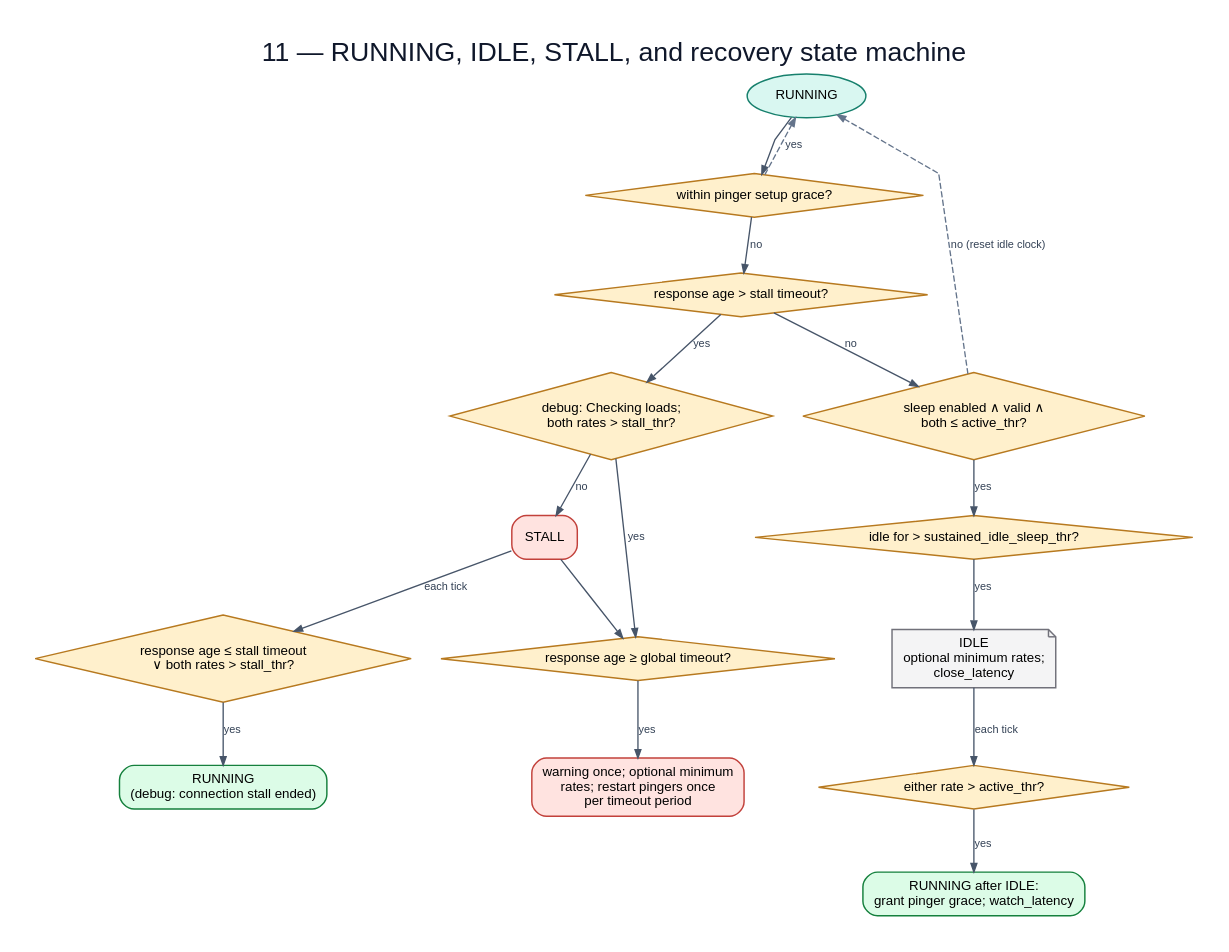
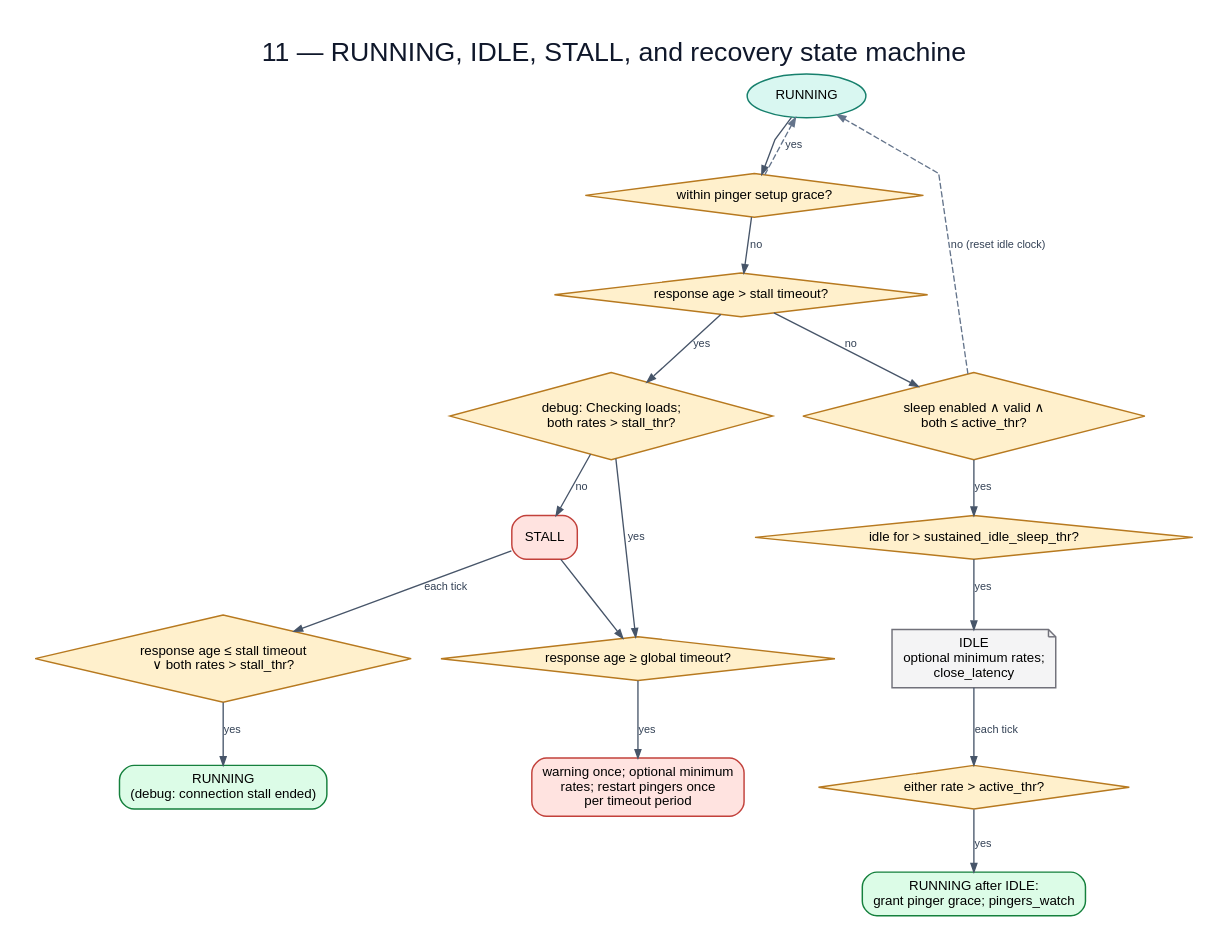
Before and after one commit to huydoan94/cake-adapt: the diagram in flowchart/diagrams/11-activity-state.dot, drawn with Graphviz. The commit also changed 19 other files, not shown here.

First line of the commit message:
Regenerate the flowcharts for the restructured monitor

```diff
--- a/flowchart/diagrams/11-activity-state.dot
+++ b/flowchart/diagrams/11-activity-state.dot
@@ -1,35 +1,35 @@
 digraph G {
   graph [rankdir=TB,bgcolor="white",pad="0.30",nodesep="0.35",ranksep="0.48",splines=polyline,fontname="Arial",label="11 — RUNNING, IDLE, STALL, and recovery state machine",labelloc=t,fontsize=22,fontcolor="#0f172a"];
   node [fontname="Arial",fontsize=11,margin="0.14,0.09",penwidth=1.2];
   edge [fontname="Arial",fontsize=9,color="#475569",fontcolor="#334155",arrowsize=0.7,penwidth=1.1];
   running [label="RUNNING",shape=oval,style="filled",fillcolor="#d9f7f1",color="#17806d"];
   grace [label="within pinger setup grace?",shape=diamond,style="filled",fillcolor="#fff0cc",color="#b7791f"];
   stallq [label="response age > stall timeout?",shape=diamond,style="filled",fillcolor="#fff0cc",color="#b7791f"];
   loads [label="debug: Checking loads;\nboth rates > stall_thr?",shape=diamond,style="filled",fillcolor="#fff0cc",color="#b7791f"];
   stall [label="STALL",shape=box,style="rounded,filled",fillcolor="#ffe3e0",color="#c2413b"];
   idleq [label="sleep enabled ∧ valid ∧\nboth ≤ active_thr?",shape=diamond,style="filled",fillcolor="#fff0cc",color="#b7791f"];
   timer [label="idle for > sustained_idle_sleep_thr?",shape=diamond,style="filled",fillcolor="#fff0cc",color="#b7791f"];
   idle [label="IDLE\noptional minimum rates;\nclose_latency",shape=note,style="filled",fillcolor="#f4f4f5",color="#71717a"];
   wake [label="either rate > active_thr?",shape=diamond,style="filled",fillcolor="#fff0cc",color="#b7791f"];
-  resume [label="RUNNING after IDLE:\ngrant pinger grace; watch_latency",shape=box,style="rounded,filled,bold",fillcolor="#dcfce7",color="#15803d"];
+  resume [label="RUNNING after IDLE:\ngrant pinger grace; pingers_watch",shape=box,style="rounded,filled,bold",fillcolor="#dcfce7",color="#15803d"];
   recover [label="response age ≤ stall timeout\n∨ both rates > stall_thr?",shape=diamond,style="filled",fillcolor="#fff0cc",color="#b7791f"];
   global [label="response age ≥ global timeout?",shape=diamond,style="filled",fillcolor="#fff0cc",color="#b7791f"];
   warn [label="warning once; optional minimum\nrates; restart pingers once\nper timeout period",shape=box,style="rounded,filled",fillcolor="#ffe3e0",color="#c2413b"];
   stallend [label="RUNNING\n(debug: connection stall ended)",shape=box,style="rounded,filled,bold",fillcolor="#dcfce7",color="#15803d"];
   running -> grace;
   grace -> running [label="yes",style=dashed,color="#64748b"];
   grace -> stallq [label="no"];
   stallq -> loads [label="yes"];
   loads -> stall [label="no"];
   loads -> global [label="yes"];
   stallq -> idleq [label="no"];
   idleq -> timer [label="yes"];
   idleq -> running [label="no (reset idle clock)",style=dashed,color="#64748b"];
   timer -> idle [label="yes"];
   idle -> wake [label="each tick"];
   wake -> resume [label="yes"];
   stall -> recover [label="each tick"];
   recover -> stallend [label="yes"];
   stall -> global;
   global -> warn [label="yes"];
 }
```
